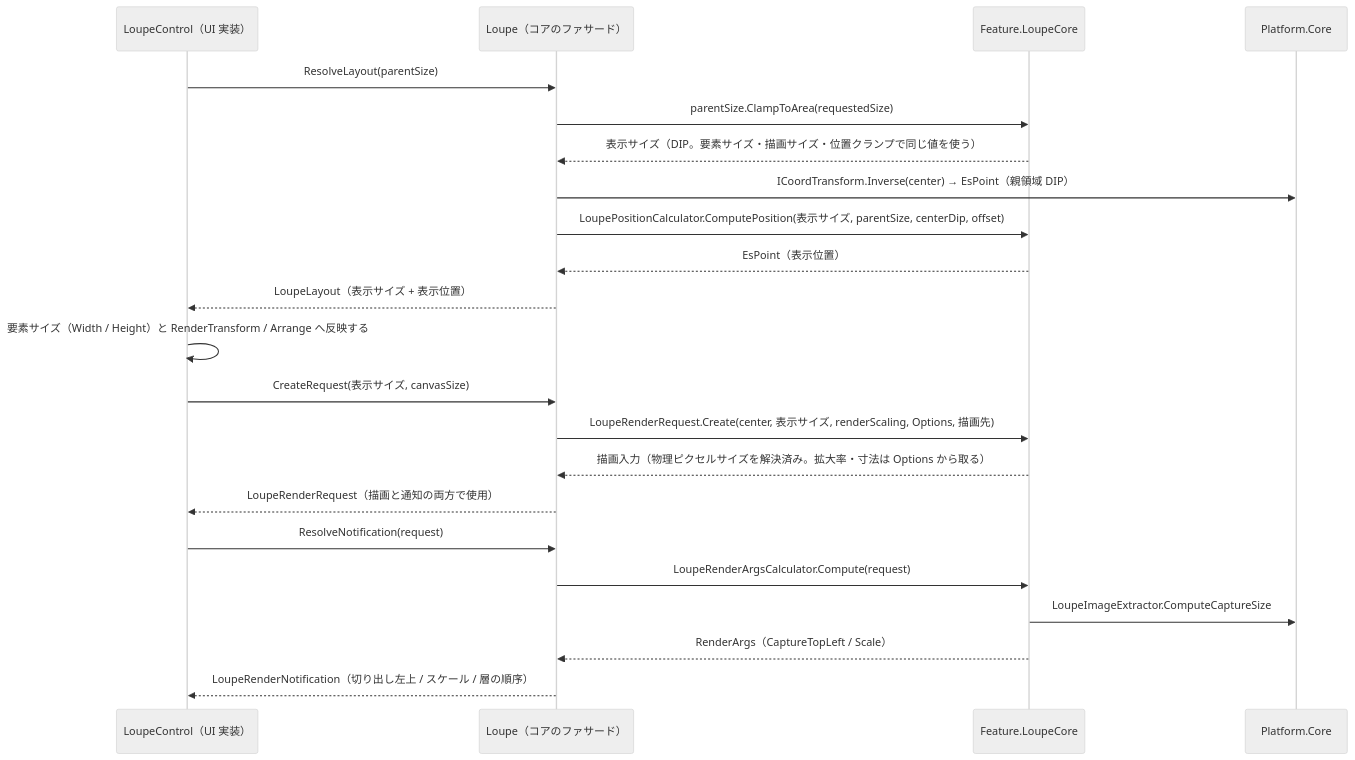
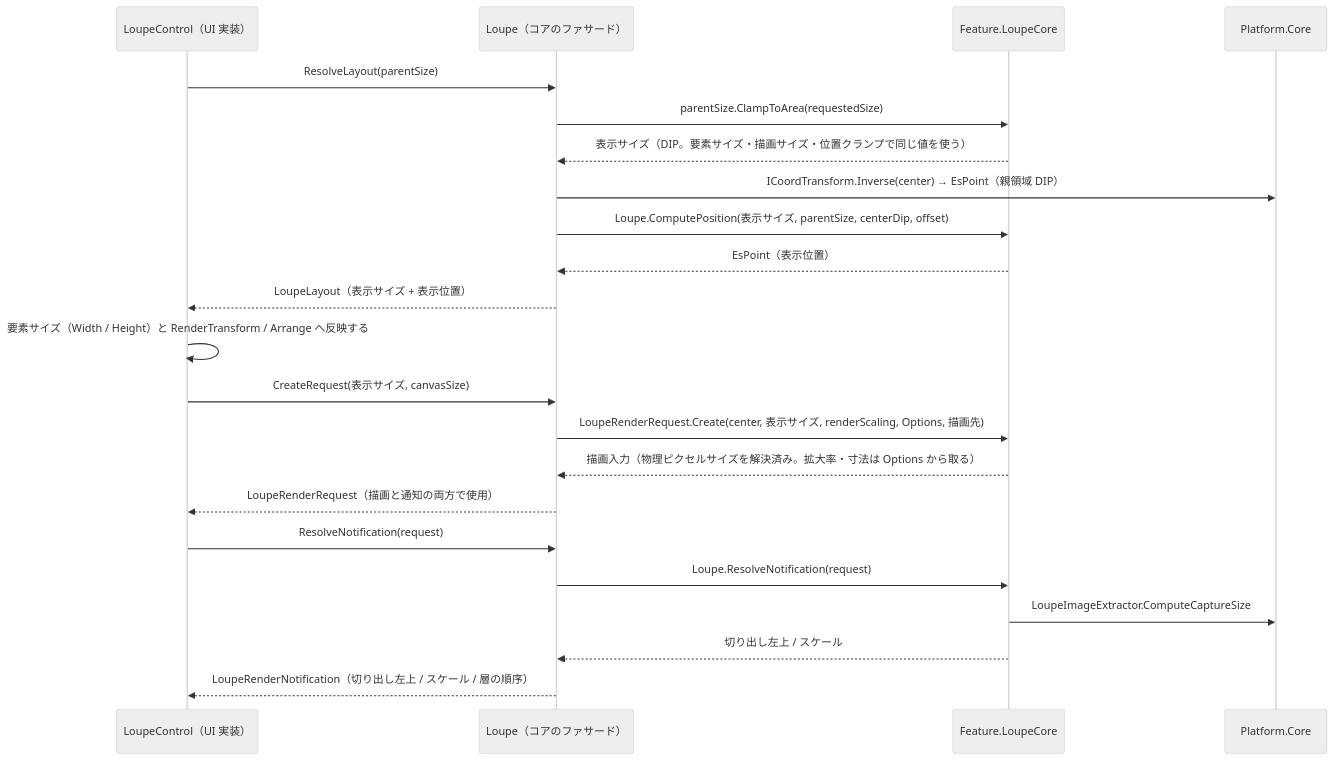
One commit to tomokuni/SaveEvidence changed the second of 2 diagrams in src/Feature.LoupeCore/SPEC_System.md. Above: the diagram before and after it, drawn with Mermaid (neutral theme). The commit also changed other lines of this file and 29 other files, not shown here.

````diff
--- a/src/Feature.LoupeCore/SPEC_System.md
+++ b/src/Feature.LoupeCore/SPEC_System.md
@@ -58,27 +57,27 @@
 ```mermaid
 sequenceDiagram
   participant UI as LoupeControl（UI 実装）
   participant Fac as Loupe（コアのファサード）
   participant Core as Feature.LoupeCore
   participant PC as Platform.Core
 
   UI->>Fac: ResolveLayout(parentSize)
   Fac->>Core: parentSize.ClampToArea(requestedSize)
   Core-->>Fac: 表示サイズ（DIP。要素サイズ・描画サイズ・位置クランプで同じ値を使う）
   Fac->>PC: ICoordTransform.Inverse(center) → EsPoint（親領域 DIP）
-  Fac->>Core: LoupePositionCalculator.ComputePosition(表示サイズ, parentSize, centerDip, offset)
+  Fac->>Core: Loupe.ComputePosition(表示サイズ, parentSize, centerDip, offset)
   Core-->>Fac: EsPoint（表示位置）
   Fac-->>UI: LoupeLayout（表示サイズ + 表示位置）
   UI->>UI: 要素サイズ（Width / Height）と RenderTransform / Arrange へ反映する
 
   UI->>Fac: CreateRequest(表示サイズ, canvasSize)
   Fac->>Core: LoupeRenderRequest.Create(center, 表示サイズ, renderScaling, Options, 描画先)
   Core-->>Fac: 描画入力（物理ピクセルサイズを解決済み。拡大率・寸法は Options から取る）
   Fac-->>UI: LoupeRenderRequest（描画と通知の両方で使用）
 
   UI->>Fac: ResolveNotification(request)
-  Fac->>Core: LoupeRenderArgsCalculator.Compute(request)
+  Fac->>Core: Loupe.ResolveNotification(request)
   Core->>PC: LoupeImageExtractor.ComputeCaptureSize
-  Core-->>Fac: RenderArgs（CaptureTopLeft / Scale）
+  Core-->>Fac: 切り出し左上 / スケール
   Fac-->>UI: LoupeRenderNotification（切り出し左上 / スケール / 層の順序）
 ```
````
